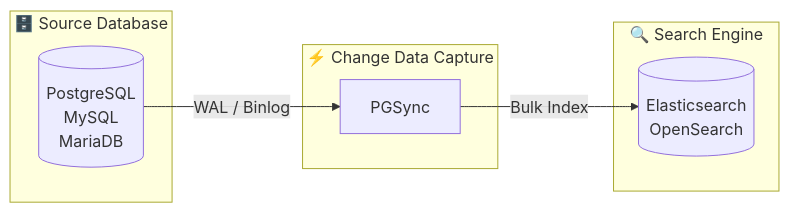
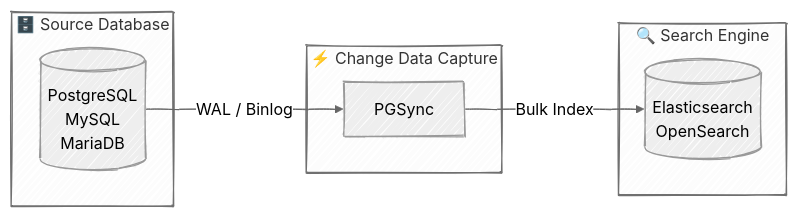
Before and after one commit to toluaina/pgsync: the diagram in README.md, drawn with Mermaid.

Commit message:
use handDrawn theme

````diff
--- a/README.md
+++ b/README.md
@@ -29,17 +29,18 @@
 ```mermaid
+%%{init: {'look': 'handDrawn', 'theme': 'neutral'}}%%
 flowchart LR
     subgraph Source["🗄️ Source Database"]
         DB[(PostgreSQL<br/>MySQL<br/>MariaDB)]
     end
 
     subgraph CDC["⚡ Change Data Capture"]
         P[PGSync]
     end
 
     subgraph Search["🔍 Search Engine"]
         ES[(Elasticsearch<br/>OpenSearch)]
     end
 
     DB -->|WAL / Binlog| P
     P -->|Bulk Index| ES
 ```
````
